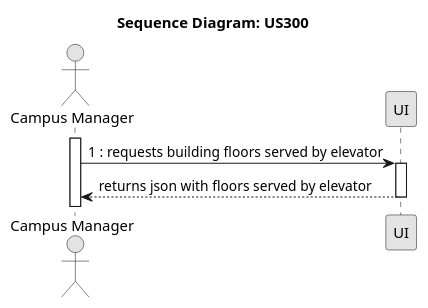
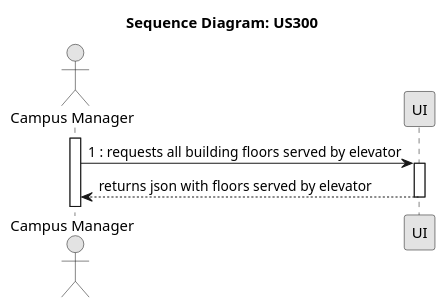
The diagram in DOCS/sprintB/us1160/Level 1/us1160.puml (1211134PedroViana/SEM_PI_23-24_G14), drawn with PlantUML before and after one commit. The commit also changed 5 other files, not shown here.

```diff
--- a/DOCS/sprintB/us1160/Level 1/us1160.puml
+++ b/DOCS/sprintB/us1160/Level 1/us1160.puml
@@ -1,19 +1,19 @@
 @startuml
 skinparam Monochrome true
 skinparam PackageStyle rectangle
 skinparam Shadowing false
 
 title Sequence Diagram: US300
 
 actor "Campus Manager" as User
 participant "UI" as UI
 
 activate User
 
-User -> UI : 1 : requests building floors served by elevator
+User -> UI : 1 : requests all building floors served by elevator
 activate UI
 
 UI --> User : returns json with floors served by elevator
 deactivate UI
 
 @enduml
```
